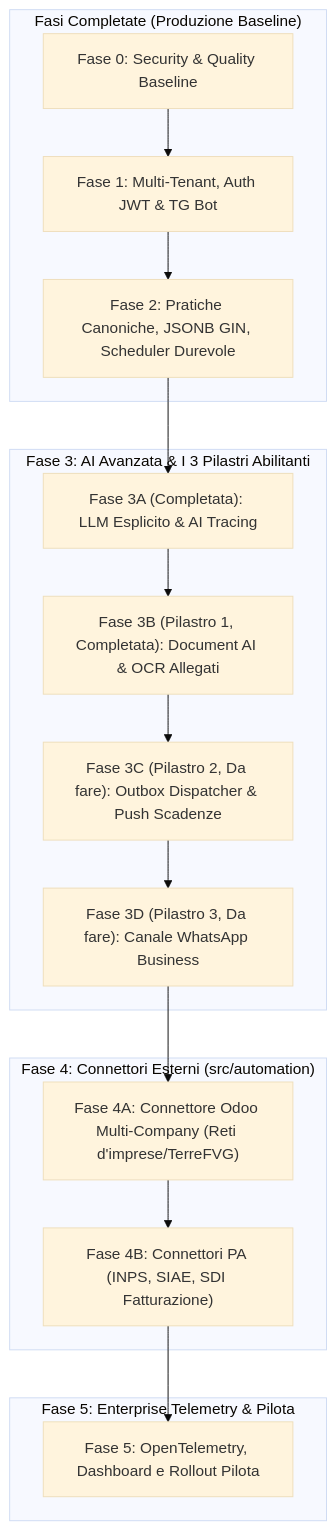
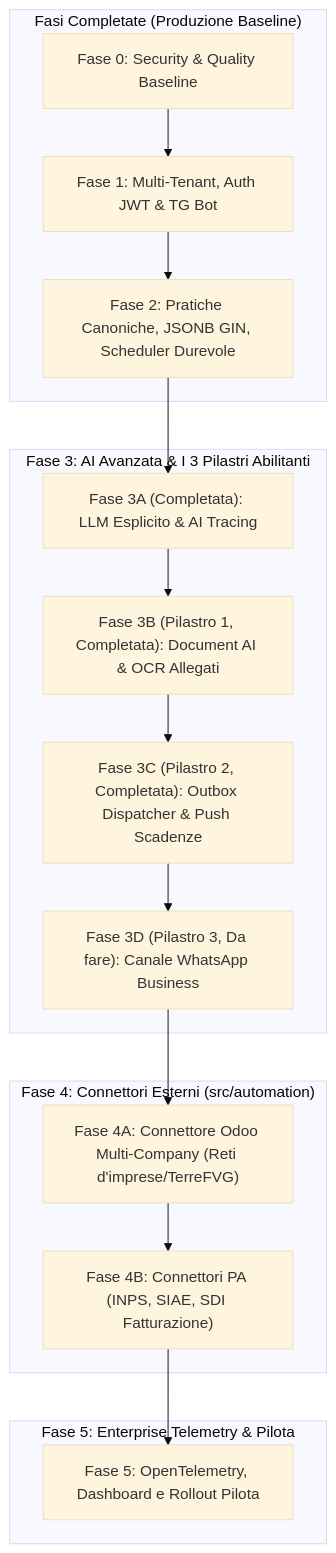
The diagram in docs/CRONOPROGRAMMA_EVOLUTIVO.md (Sinfoni4/SinfonIA), drawn with Mermaid (base theme) before and after one commit. The commit also changed other lines of this file and 32 other files, not shown here.

````diff
--- a/docs/CRONOPROGRAMMA_EVOLUTIVO.md
+++ b/docs/CRONOPROGRAMMA_EVOLUTIVO.md
@@ -9,28 +9,28 @@
 ```mermaid
 flowchart TD
     subgraph COMPLETATO["Fasi Completate (Produzione Baseline)"]
         F0["Fase 0: Security & Quality Baseline"]
         F1["Fase 1: Multi-Tenant, Auth JWT & TG Bot"]
         F2["Fase 2: Pratiche Canoniche, JSONB GIN, Scheduler Durevole"]
         F0 --> F1 --> F2
     end
 
     subgraph ATTUALE["Fase 3: AI Avanzata & I 3 Pilastri Abilitanti"]
         F3A["Fase 3A (Completata): LLM Esplicito & AI Tracing"]
         F3B["Fase 3B (Pilastro 1, Completata): Document AI & OCR Allegati"]
-        F3C["Fase 3C (Pilastro 2, Da fare): Outbox Dispatcher & Push Scadenze"]
+        F3C["Fase 3C (Pilastro 2, Completata): Outbox Dispatcher & Push Scadenze"]
         F3D["Fase 3D (Pilastro 3, Da fare): Canale WhatsApp Business"]
         F2 --> F3A --> F3B --> F3C --> F3D
     end
 
     subgraph AUTOMAZIONE["Fase 4: Connettori Esterni (src/automation)"]
         F4A["Fase 4A: Connettore Odoo Multi-Company (Reti d'imprese/TerreFVG)"]
         F4B["Fase 4B: Connettori PA (INPS, SIAE, SDI Fatturazione)"]
         F3D --> F4A --> F4B
     end
 
     subgraph HARDENING["Fase 5: Enterprise Telemetry & Pilota"]
         F5["Fase 5: OpenTelemetry, Dashboard e Rollout Pilota"]
         F4B --> F5
     end
 ```
````
